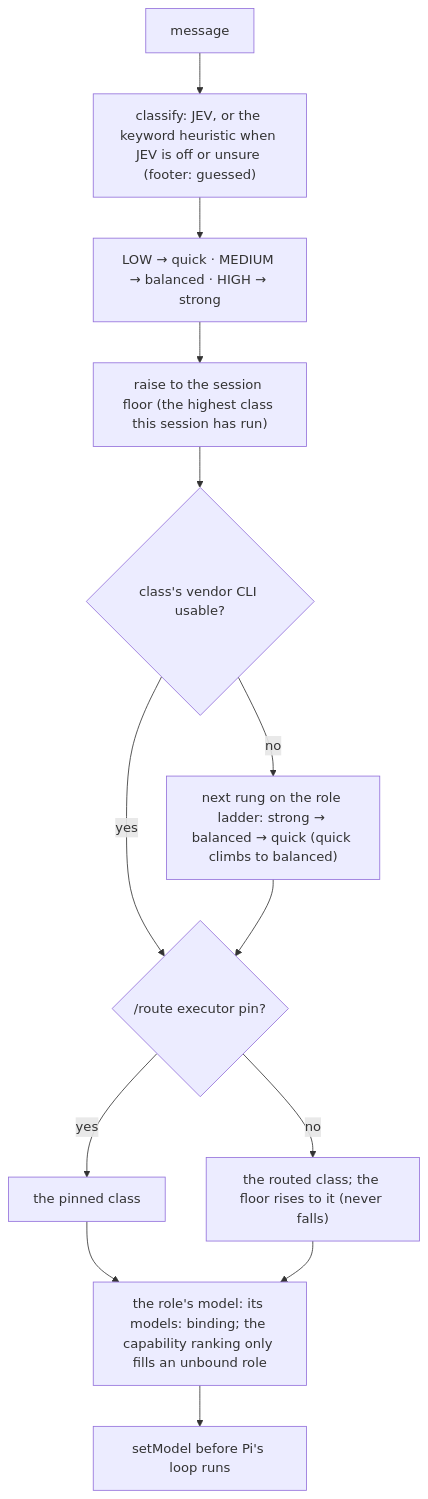
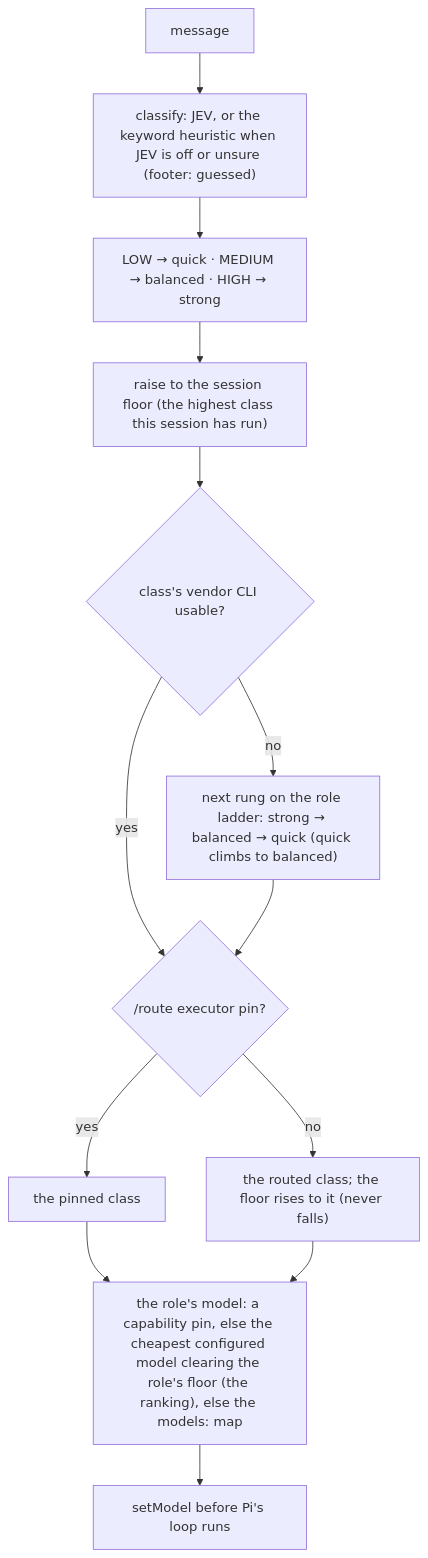
The first of 3 diagrams in docs/systems/model-modes.md (jonit-dev/lean-pi), drawn with Mermaid before and after one commit. The commit also changed other lines of this file and 4 other files, not shown here.

Commit message:
fix(routing): the ranking picks a role's model again, so a normal Auto turn runs native deepseek, not a headless CLI (revert PRD-053 AC-1)

````diff
--- a/docs/systems/model-modes.md
+++ b/docs/systems/model-modes.md
@@ -27,15 +27,15 @@
 ```mermaid
 flowchart TD
     M[message] --> C["classify: JEV, or the keyword heuristic when JEV is off or unsure (footer: guessed)"]
     C --> X["LOW → quick · MEDIUM → balanced · HIGH → strong"]
     X --> F["raise to the session floor (the highest class this session has run)"]
     F --> U{class's vendor CLI usable?}
     U -- no --> D["next rung on the role ladder: strong → balanced → quick (quick climbs to balanced)"]
     U -- yes --> P
     D --> P{"/route executor pin?"}
     P -- yes --> R[the pinned class]
     P -- no --> R2["the routed class; the floor rises to it (never falls)"]
-    R --> B["the role's model: its models: binding; the capability ranking only fills an unbound role"]
+    R --> B["the role's model: a capability pin, else the cheapest configured model clearing the role's floor (the ranking), else the models: map"]
     R2 --> B
     B --> S["setModel before Pi's loop runs"]
 ```
````
